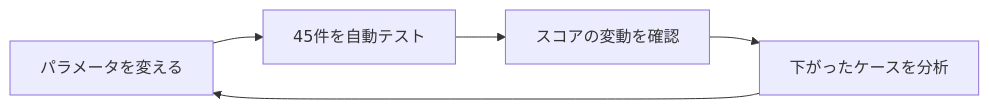
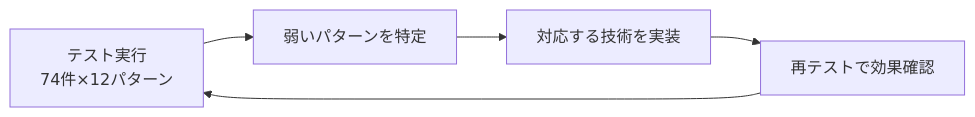
One commit to ishimori/poc_rag_gcp_public changed the fifth of 6 diagrams in doc/presentation/20260320/00_project-overview.md. Above: the diagram before and after it, drawn with Mermaid. The commit also changed other lines of this file and 12 other files, not shown here.

````diff
--- a/doc/presentation/20260320/00_project-overview.md
+++ b/doc/presentation/20260320/00_project-overview.md
@@ -260,7 +280,7 @@
 ```mermaid
 graph LR
-    A[パラメータを変える] --> B[45件を自動テスト]
-    B --> C[スコアの変動を確認]
-    C --> D[下がったケースを分析]
+    A[テスト実行<br/>74件×12パターン] --> B[弱いパターンを特定]
+    B --> C[対応する技術を実装]
+    C --> D[再テストで効果確認]
     D --> A
 ```
````
